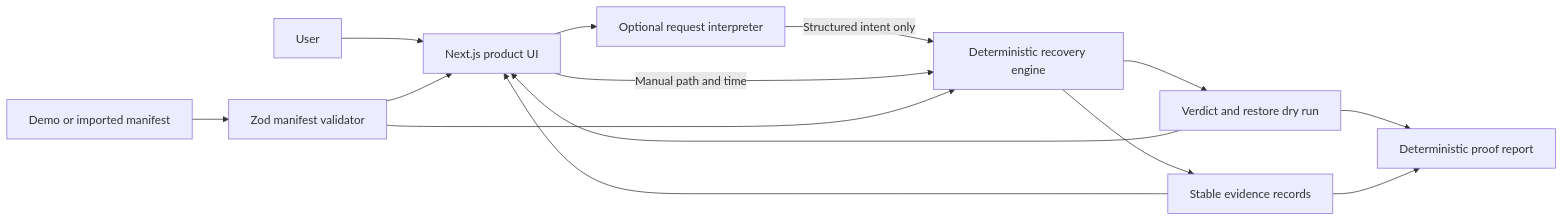
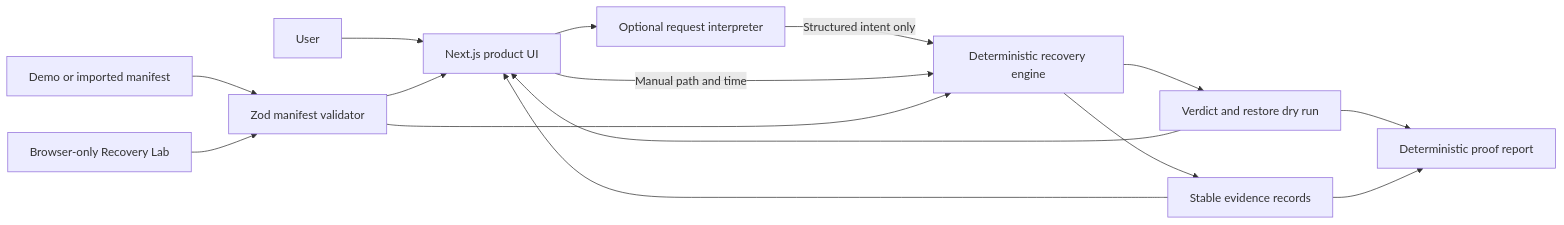
One commit to ATAC-Helicopter/ProofRestore changed the first of 2 diagrams in docs/architecture.md. Above: the diagram before and after it, drawn with Mermaid. The commit also changed other lines of this file and 18 other files, not shown here.

Commit message:
feat: add interactive recovery lab

````diff
--- a/docs/architecture.md
+++ b/docs/architecture.md
@@ -9,16 +9,17 @@
 ```mermaid
 flowchart LR
     U[User] --> UI[Next.js product UI]
     M[Demo or imported manifest] --> V[Zod manifest validator]
+    L[Browser-only Recovery Lab] --> V
     V --> UI
     UI --> I[Optional request interpreter]
     I -->|Structured intent only| E[Deterministic recovery engine]
     UI -->|Manual path and time| E
     V --> E
     E --> R[Verdict and restore dry run]
     E --> EV[Stable evidence records]
     R --> UI
     EV --> UI
     R --> P[Deterministic proof report]
     EV --> P
 ```
````
